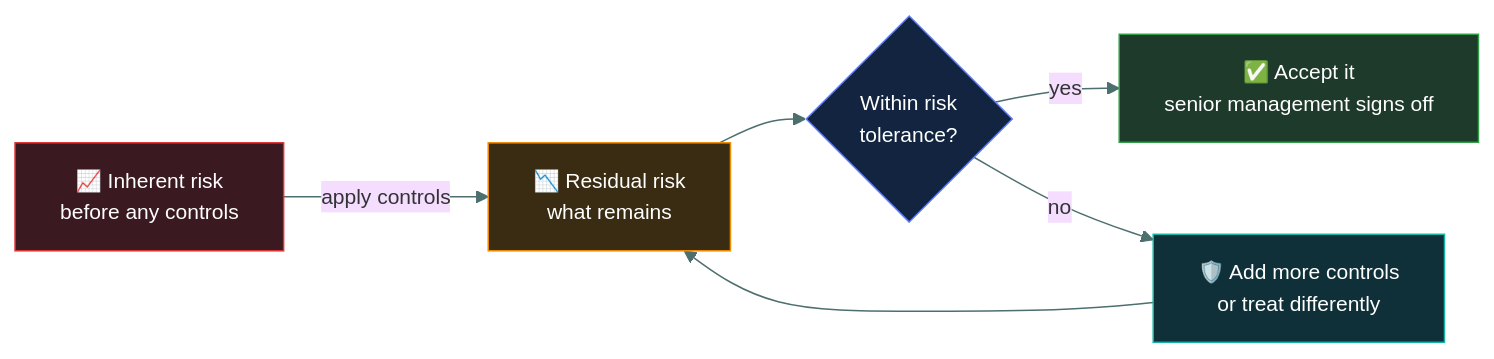
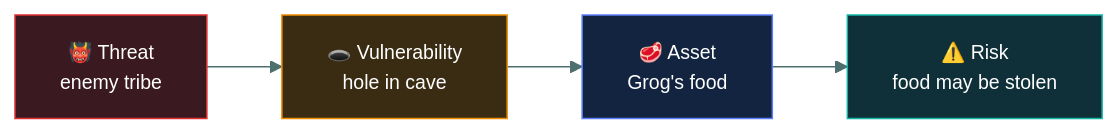
One commit to tarunTejaDesireddy/cc-exam-prep changed the second of 5 diagrams in 01-security-principles/risk-concepts/README.md. Above: the diagram before and after it, drawn with Mermaid. The commit also changed other lines of this file and 1 other file, not shown here.

First line of the commit message:
Rewrite risk-concepts with the full 15-concept caveman walkthrough

````diff
--- a/01-security-principles/risk-concepts/README.md
+++ b/01-security-principles/risk-concepts/README.md
@@ -171,15 +170,12 @@
 ```mermaid
-%%{init: {'theme':'base','themeVariables':{'fontSize':'14px','lineColor':'#4d6f6e','textColor':'#dbe7e6'}}}%%
+%%{init: {'theme':'base','themeVariables':{'fontFamily':'Segoe UI, Helvetica Neue, Arial, sans-serif','fontSize':'13px','lineColor':'#4d6f6e','textColor':'#dbe7e6'}}}%%
 flowchart LR
-    I["📈 Inherent risk<br/>before any controls"] -->|apply controls| RS["📉 Residual risk<br/>what remains"]
-    RS --> Q{"Within risk<br/>tolerance?"}
-    Q -->|yes| AC["✅ Accept it<br/>senior management signs off"]
-    Q -->|no| MC["🛡️ Add more controls<br/>or treat differently"]
-    MC --> RS
+    T["👹 Threat<br/>enemy tribe"] --> V["🕳️ Vulnerability<br/>hole in cave"]
+    V --> A["🥩 Asset<br/>Grog's food"]
+    A --> R["⚠️ Risk<br/>food may be stolen"]
 
-    style I fill:#3a1a20,stroke:#E03131,color:#fff
-    style RS fill:#3a2c12,stroke:#F08C00,color:#fff
-    style Q fill:#12243f,stroke:#5C7CFA,color:#fff
-    style AC fill:#1d3a2a,stroke:#2F9E44,color:#fff
-    style MC fill:#0f3038,stroke:#12B5A5,color:#fff
+    style T fill:#3a1a20,stroke:#E03131,color:#fff
+    style V fill:#3a2c12,stroke:#F08C00,color:#fff
+    style A fill:#12243f,stroke:#5C7CFA,color:#fff
+    style R fill:#0f3038,stroke:#12B5A5,color:#fff
 ```
````
